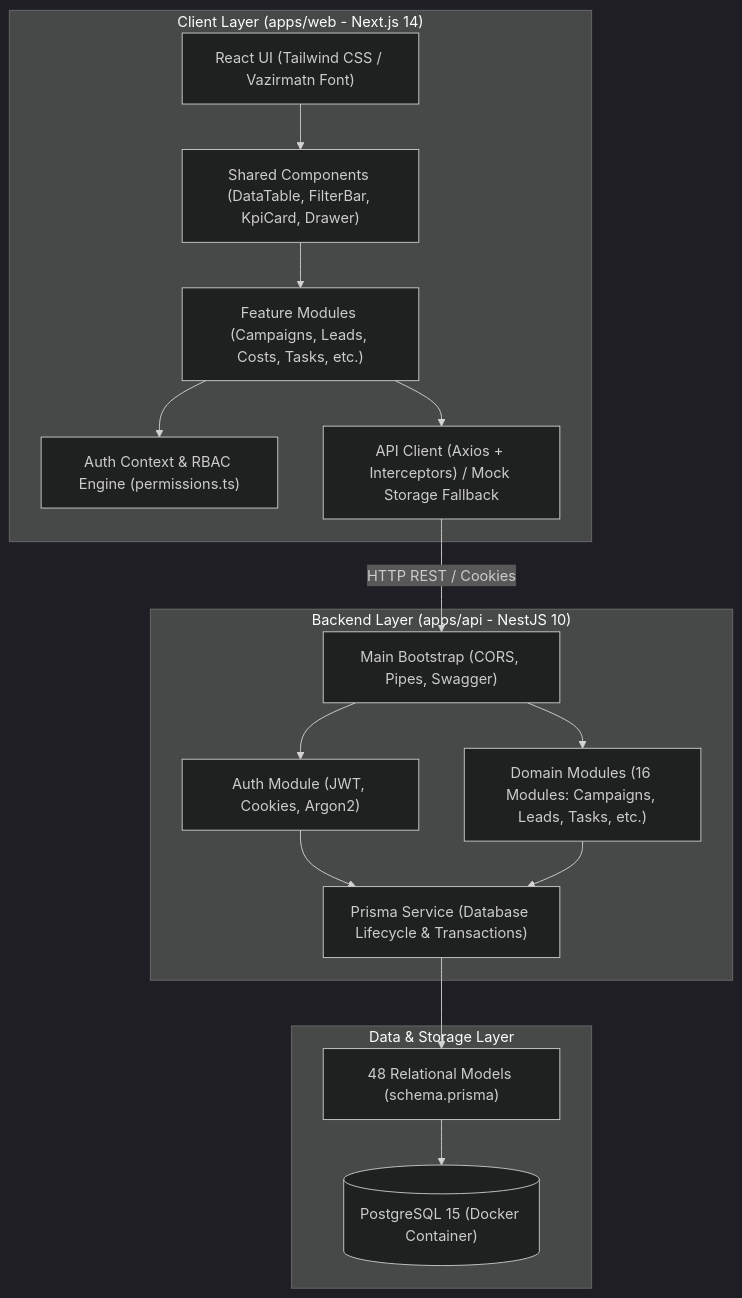
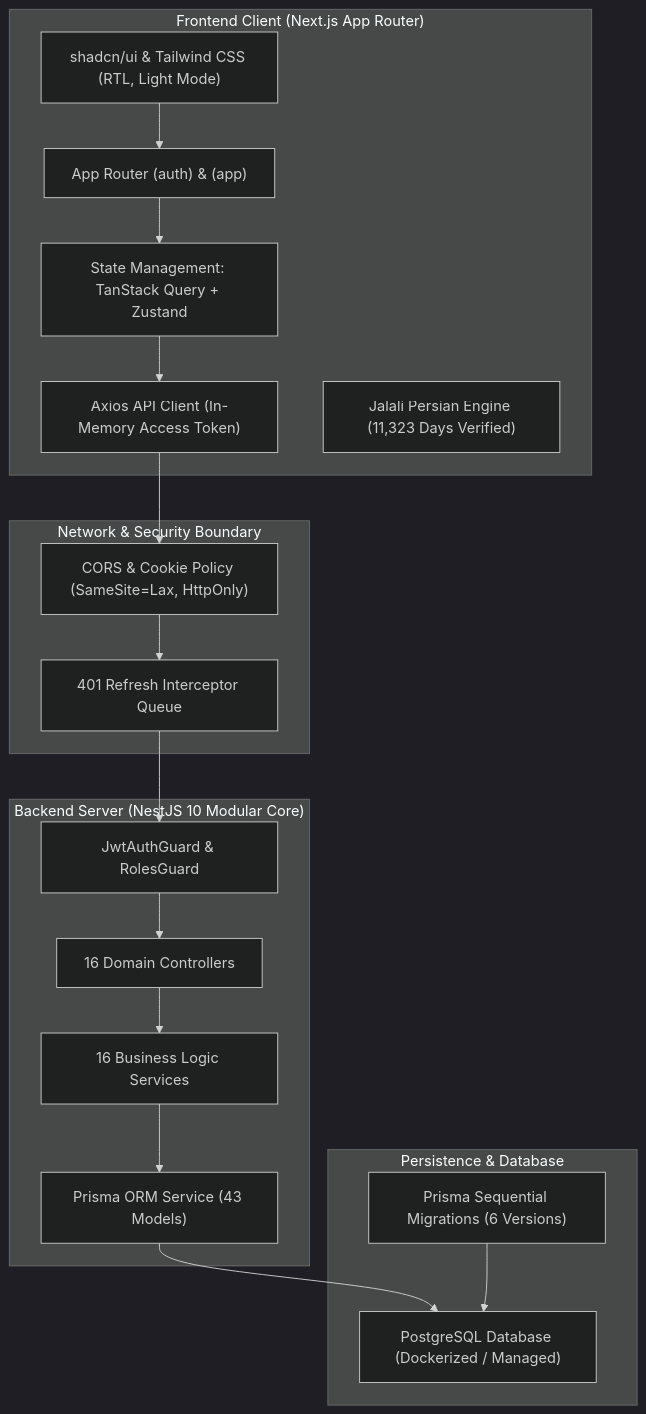
Before and after one commit to sajads4beri/gapji-digital-marketing-dashboard: the first of 2 diagrams in docs/project-audit/en/03_ARCHITECTURE_DOCUMENTATION.md, drawn with Mermaid (dark theme). The commit also changed other lines of this file and 221 other files, not shown here.

````diff
--- a/docs/project-audit/en/03_ARCHITECTURE_DOCUMENTATION.md
+++ b/docs/project-audit/en/03_ARCHITECTURE_DOCUMENTATION.md
@@ -10,34 +10,39 @@
 ```mermaid
-flowchart TD
-    subgraph ClientLayer ["Client Layer (apps/web - Next.js 14)"]
-        UI["React UI (Tailwind CSS / Vazirmatn Font)"]
-        Components["Shared Components (DataTable, FilterBar, KpiCard, Drawer)"]
-        Features["Feature Modules (Campaigns, Leads, Costs, Tasks, etc.)"]
-        AuthCtx["Auth Context & RBAC Engine (permissions.ts)"]
-        DataFetch["API Client (Axios + Interceptors) / Mock Storage Fallback"]
+graph TB
+    subgraph ClientLayer["Frontend Client (Next.js App Router)"]
+        UI["shadcn/ui & Tailwind CSS (RTL, Light Mode)"]
+        AppRouter["App Router (auth) & (app)"]
+        State["State Management: TanStack Query + Zustand"]
+        Axios["Axios API Client (In-Memory Access Token)"]
+        Jalali["Jalali Persian Engine (11,323 Days Verified)"]
     end
 
-    subgraph APILayer ["Backend Layer (apps/api - NestJS 10)"]
-        Main["Main Bootstrap (CORS, Pipes, Swagger)"]
-        AuthMod["Auth Module (JWT, Cookies, Argon2)"]
-        CoreMods["Domain Modules (16 Modules: Campaigns, Leads, Tasks, etc.)"]
-        PrismaServ["Prisma Service (Database Lifecycle & Transactions)"]
+    subgraph Network["Network & Security Boundary"]
+        CORS["CORS & Cookie Policy (SameSite=Lax, HttpOnly)"]
+        AuthInterceptor["401 Refresh Interceptor Queue"]
     end
 
-    subgraph DataLayer ["Data & Storage Layer"]
-        PG[("PostgreSQL 15 (Docker Container)")]
-        PrismaModels["48 Relational Models (schema.prisma)"]
+    subgraph BackendLayer["Backend Server (NestJS 10 Modular Core)"]
+        Guards["JwtAuthGuard & RolesGuard"]
+        Controllers["16 Domain Controllers"]
+        Services["16 Business Logic Services"]
+        PrismaService["Prisma ORM Service (43 Models)"]
     end
 
-    UI --> Components
-    Components --> Features
-    Features --> AuthCtx
-    Features --> DataFetch
-    DataFetch -->|HTTP REST / Cookies| Main
-    Main --> AuthMod
-    Main --> CoreMods
-    AuthMod --> PrismaServ
-    CoreMods --> PrismaServ
-    PrismaServ --> PrismaModels
-    PrismaModels --> PG
+    subgraph StorageLayer["Persistence & Database"]
+        PG["PostgreSQL Database (Dockerized / Managed)"]
+        Migrations["Prisma Sequential Migrations (6 Versions)"]
+    end
+
+    UI --> AppRouter
+    AppRouter --> State
+    State --> Axios
+    Axios --> CORS
+    CORS --> AuthInterceptor
+    AuthInterceptor --> Guards
+    Guards --> Controllers
+    Controllers --> Services
+    Services --> PrismaService
+    PrismaService --> PG
+    Migrations --> PG
 ```
````
